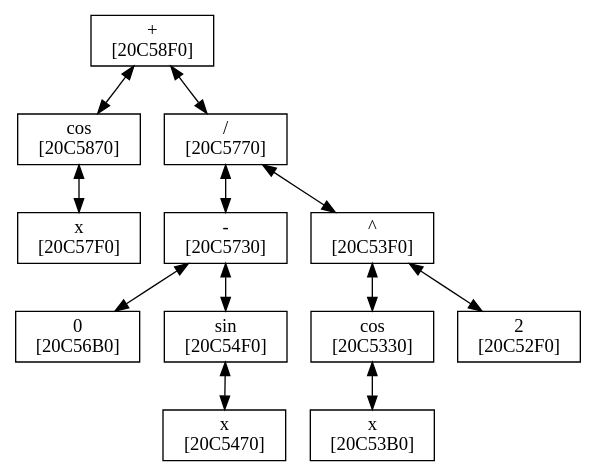
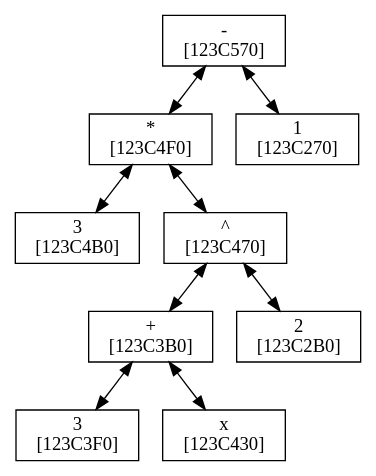
Before and after one commit to isgerasin/1sem: the diagram in Differ/Debug/graph_tree2.gv, drawn with Graphviz. The commit also changed 258 other files, not shown here.

```diff
--- a/Differ/Debug/graph_tree2.gv
+++ b/Differ/Debug/graph_tree2.gv
@@ -1,37 +1,28 @@
 digraph Tree
 {
 	node[shape = polygon]; edge[dir=both];
+	"-
+[123C570]"->"*
+[123C4F0]"
+	"*
+[123C4F0]"->"3
+[123C4B0]"
+	"*
+[123C4F0]"->"^
+[123C470]"
+	"^
+[123C470]"->"+
+[123C3B0]"
 	"+
-[20C58F0]"->"cos
-[20C5870]"
-	"cos
-[20C5870]"->"x
-[20C57F0]"
+[123C3B0]"->"3
+[123C3F0]"
 	"+
-[20C58F0]"->"/
-[20C5770]"
-	"/
-[20C5770]"->"-
-[20C5730]"
+[123C3B0]"->"x
+[123C430]"
+	"^
+[123C470]"->"2
+[123C2B0]"
 	"-
-[20C5730]"->"0
-[20C56B0]"
-	"-
-[20C5730]"->"sin
-[20C54F0]"
-	"sin
-[20C54F0]"->"x
-[20C5470]"
-	"/
-[20C5770]"->"^
-[20C53F0]"
-	"^
-[20C53F0]"->"cos
-[20C5330]"
-	"cos
-[20C5330]"->"x
-[20C53B0]"
-	"^
-[20C53F0]"->"2
-[20C52F0]"
+[123C570]"->"1
+[123C270]"
 }
```
